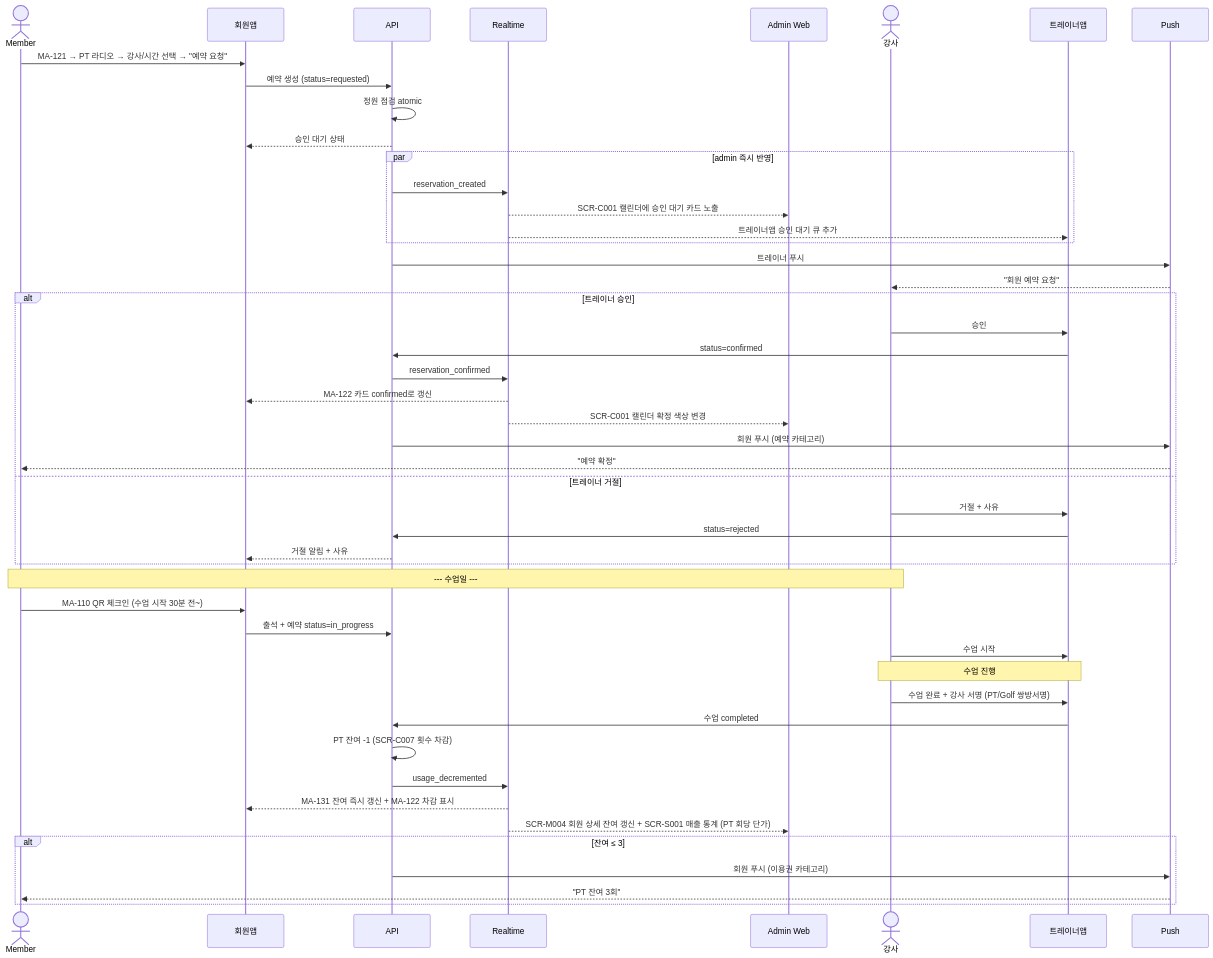
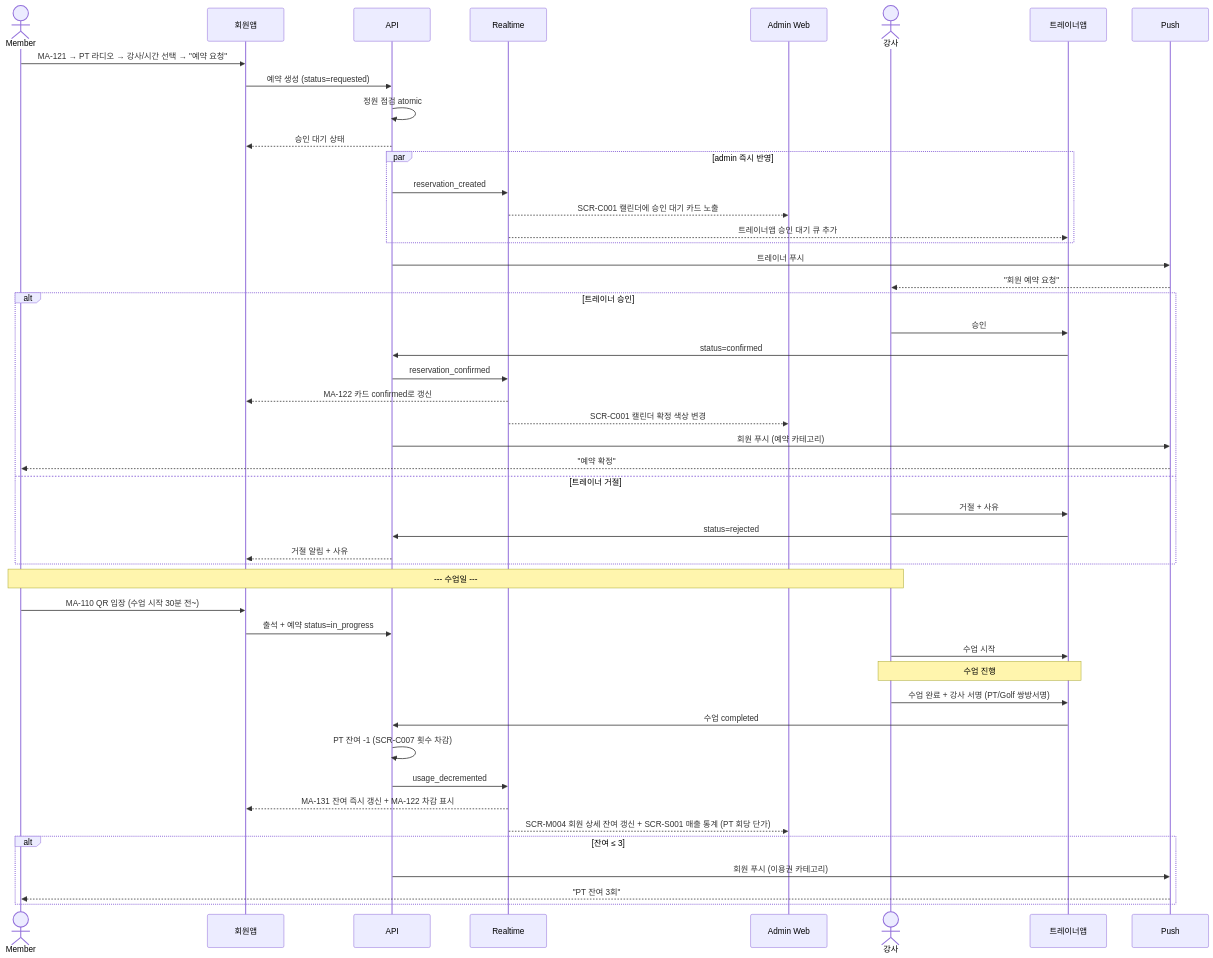
One commit to dev-spogym/admin-pando changed the first of 2 diagrams in docs/client/다이어그램/60_admin_연동/C3_예약_승인_차감.md. Above: the diagram before and after it, drawn with Mermaid. The commit also changed 167 other files, not shown here.

````diff
--- a/docs/client/다이어그램/60_admin_연동/C3_예약_승인_차감.md
+++ b/docs/client/다이어그램/60_admin_연동/C3_예약_승인_차감.md
@@ -14,58 +14,58 @@
 ```mermaid
 sequenceDiagram
     actor Member
     participant App as 회원앱
     participant API
     participant Realtime
     participant AdminWeb as Admin Web
     actor Trainer as 강사
     participant TApp as 트레이너앱
     participant Push
 
     Member->>App: MA-121 → PT 라디오 → 강사/시간 선택 → "예약 요청"
     App->>API: 예약 생성 (status=requested)
     API->>API: 정원 점검 atomic
     API-->>App: 승인 대기 상태
 
     par admin 즉시 반영
         API->>Realtime: reservation_created
         Realtime-->>AdminWeb: SCR-C001 캘린더에 승인 대기 카드 노출
         Realtime-->>TApp: 트레이너앱 승인 대기 큐 추가
     end
 
     API->>Push: 트레이너 푸시
     Push-->>Trainer: "회원 예약 요청"
 
     alt 트레이너 승인
         Trainer->>TApp: 승인
         TApp->>API: status=confirmed
         API->>Realtime: reservation_confirmed
         Realtime-->>App: MA-122 카드 confirmed로 갱신
         Realtime-->>AdminWeb: SCR-C001 캘린더 확정 색상 변경
         API->>Push: 회원 푸시 (예약 카테고리)
         Push-->>Member: "예약 확정"
     else 트레이너 거절
         Trainer->>TApp: 거절 + 사유
         TApp->>API: status=rejected
         API-->>App: 거절 알림 + 사유
     end
 
     Note over Member,Trainer: --- 수업일 ---
-    Member->>App: MA-110 QR 체크인 (수업 시작 30분 전~)
+    Member->>App: MA-110 QR 입장 (수업 시작 30분 전~)
     App->>API: 출석 + 예약 status=in_progress
 
     Trainer->>TApp: 수업 시작
     Note over Trainer,TApp: 수업 진행
     Trainer->>TApp: 수업 완료 + 강사 서명 (PT/Golf 쌍방서명)
     TApp->>API: 수업 completed
 
     API->>API: PT 잔여 -1 (SCR-C007 횟수 차감)
     API->>Realtime: usage_decremented
     Realtime-->>App: MA-131 잔여 즉시 갱신 + MA-122 차감 표시
     Realtime-->>AdminWeb: SCR-M004 회원 상세 잔여 갱신 + SCR-S001 매출 통계 (PT 회당 단가)
 
     alt 잔여 ≤ 3
         API->>Push: 회원 푸시 (이용권 카테고리)
         Push-->>Member: "PT 잔여 3회"
     end
 ```
````
